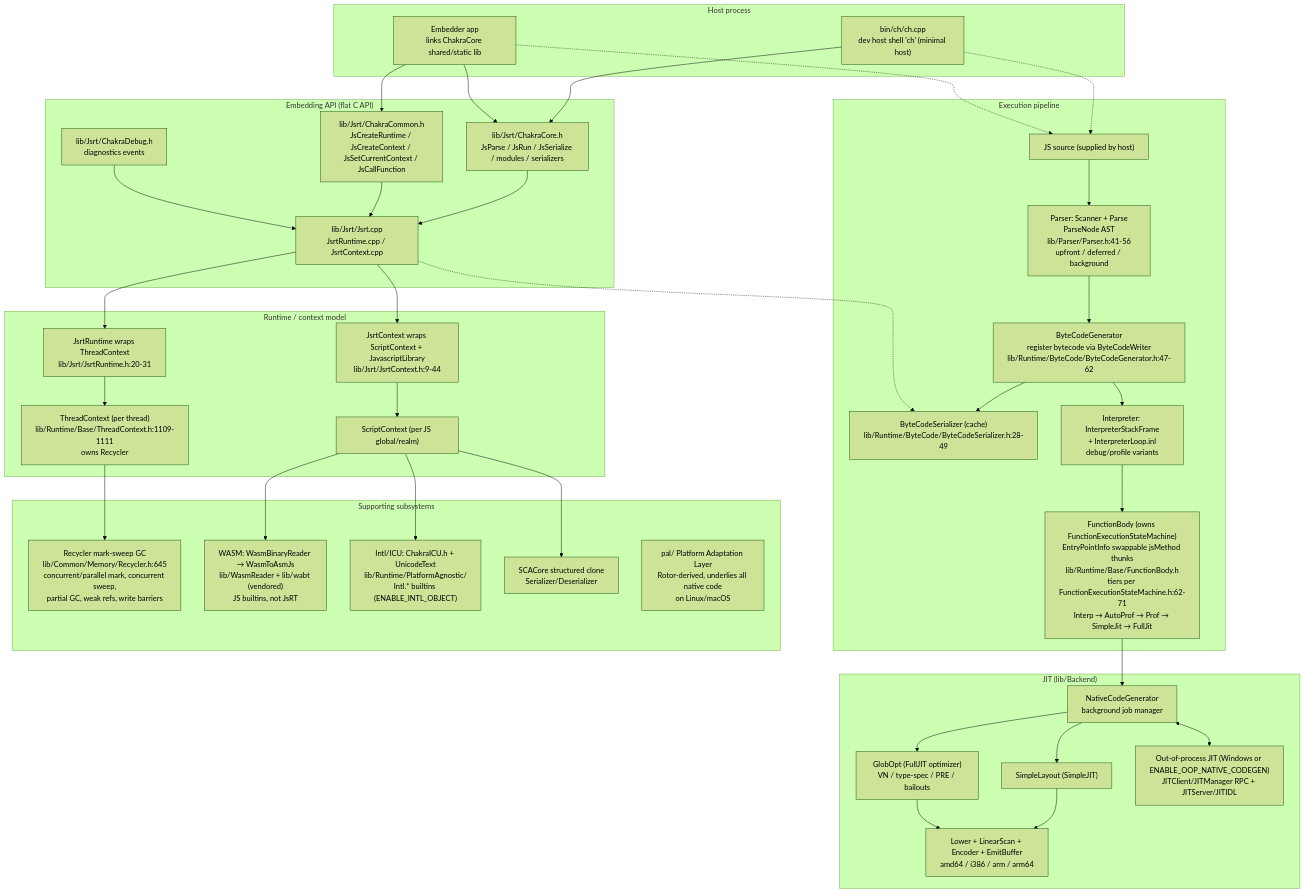
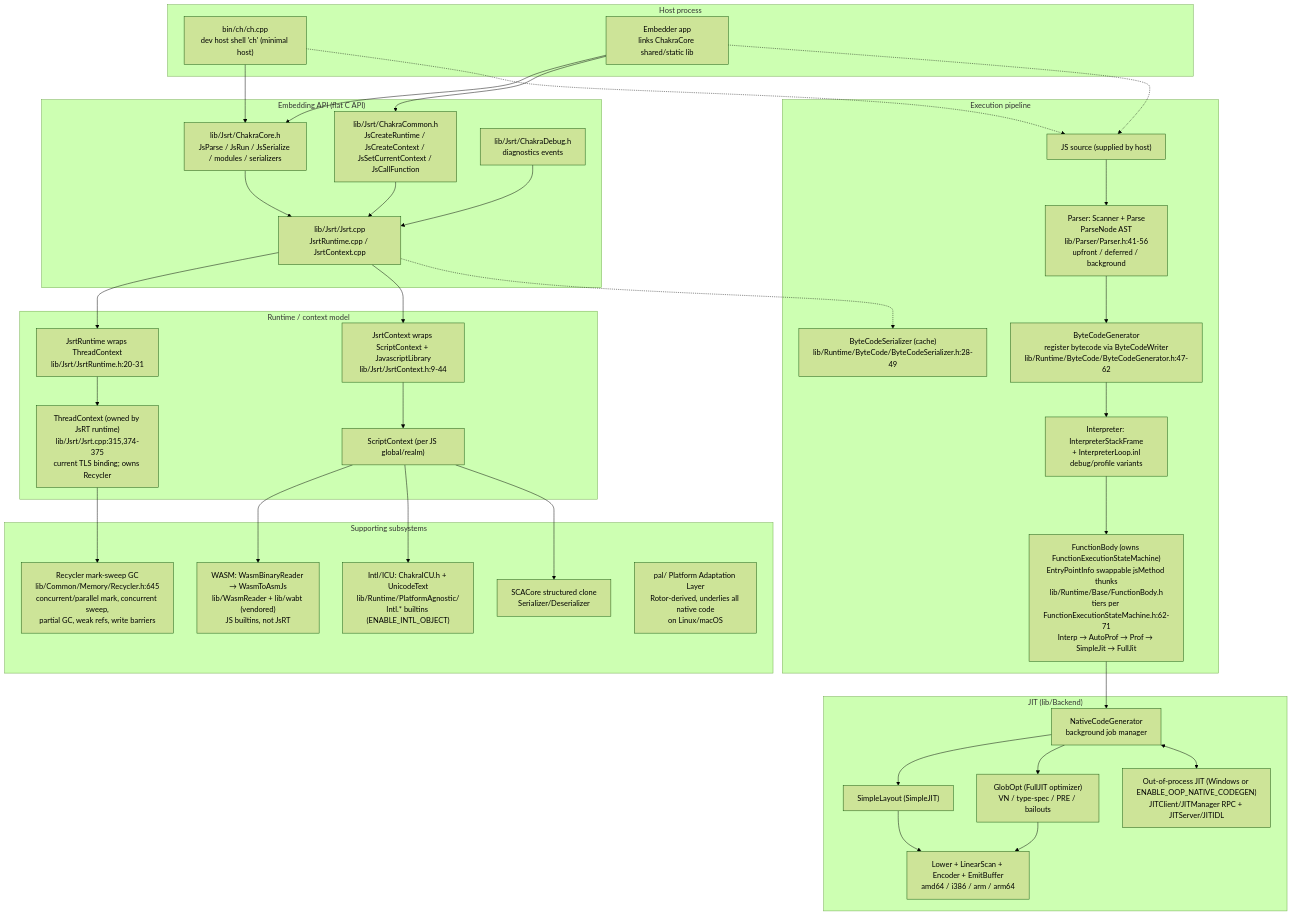
Before and after one commit to amscotti/ChakraCore: the diagram in doc/architecture.md, drawn with Mermaid (forest theme). The commit also changed other lines of this file and 41 other files, not shown here.

````diff
--- a/doc/architecture.md
+++ b/doc/architecture.md
@@ -10,69 +10,68 @@
 ```mermaid
 flowchart TD
     subgraph HOST["Host process"]
         CH["bin/ch/ch.cpp<br/>dev host shell 'ch' (minimal host)"]
         EMB["Embedder app<br/>links ChakraCore shared/static lib"]
     end
     subgraph API["Embedding API (flat C API)"]
         CC["lib/Jsrt/ChakraCore.h<br/>JsParse / JsRun / JsSerialize / modules / serializers"]
         CM["lib/Jsrt/ChakraCommon.h<br/>JsCreateRuntime / JsCreateContext / JsSetCurrentContext / JsCallFunction"]
         CD["lib/Jsrt/ChakraDebug.h<br/>diagnostics events"]
         IMPL["lib/Jsrt/Jsrt.cpp<br/>JsrtRuntime.cpp / JsrtContext.cpp"]
     end
     subgraph CTX["Runtime / context model"]
         JRR["JsrtRuntime wraps ThreadContext<br/>lib/Jsrt/JsrtRuntime.h:20-31"]
         JRC["JsrtContext wraps ScriptContext + JavascriptLibrary<br/>lib/Jsrt/JsrtContext.h:9-44"]
-        TC["ThreadContext (per thread)<br/>lib/Runtime/Base/ThreadContext.h:1109-1111<br/>owns Recycler"]
+        TC["ThreadContext (owned by JsRT runtime)<br/>lib/Jsrt/Jsrt.cpp:315,374-375<br/>current TLS binding; owns Recycler"]
         SC["ScriptContext (per JS global/realm)"]
     end
     subgraph PIPE["Execution pipeline"]
         SRC["JS source (supplied by host)"]
         PAR["Parser: Scanner + Parse<br/>ParseNode AST<br/>lib/Parser/Parser.h:41-56<br/>upfront / deferred / background"]
         BCG["ByteCodeGenerator<br/>register bytecode via ByteCodeWriter<br/>lib/Runtime/ByteCode/ByteCodeGenerator.h:47-62"]
         SER["ByteCodeSerializer (cache)<br/>lib/Runtime/ByteCode/ByteCodeSerializer.h:28-49"]
         INT["Interpreter: InterpreterStackFrame<br/>+ InterpreterLoop.inl<br/>debug/profile variants"]
         EP["FunctionBody (owns FunctionExecutionStateMachine)<br/>EntryPointInfo swappable jsMethod thunks<br/>lib/Runtime/Base/FunctionBody.h<br/>tiers per FunctionExecutionStateMachine.h:62-71<br/>Interp → AutoProf → Prof → SimpleJit → FullJit"]
     end
     subgraph JIT["JIT (lib/Backend)"]
         NCG["NativeCodeGenerator<br/>background job manager"]
         SL["SimpleLayout (SimpleJIT)"]
         GO["GlobOpt (FullJIT optimizer)<br/>VN / type-spec / PRE / bailouts"]
         BE["Lower + LinearScan + Encoder + EmitBuffer<br/>amd64 / i386 / arm / arm64"]
         OOP["Out-of-process JIT (Windows or ENABLE_OOP_NATIVE_CODEGEN)<br/>JITClient/JITManager RPC + JITServer/JITIDL"]
     end
     subgraph SUP["Supporting subsystems"]
         GC["Recycler mark-sweep GC<br/>lib/Common/Memory/Recycler.h:645<br/>concurrent/parallel mark, concurrent sweep,<br/>partial GC, weak refs, write barriers"]
         WASM["WASM: WasmBinaryReader → WasmToAsmJs<br/>lib/WasmReader + lib/wabt (vendored)<br/>JS builtins, not JsRT"]
         INTL["Intl/ICU: ChakraICU.h + UnicodeText<br/>lib/Runtime/PlatformAgnostic/<br/>Intl.* builtins (ENABLE_INTL_OBJECT)"]
         SCA["SCACore structured clone<br/>Serializer/Deserializer"]
         PAL["pal/ Platform Adaptation Layer<br/>Rotor-derived, underlies all native code<br/>on Linux/macOS"]
     end
     CH --> CC
     EMB --> CC
     EMB --> CM
     CH -.-> SRC
     EMB -.-> SRC
     SRC --> PAR
     CC --> IMPL
     CM --> IMPL
     CD --> IMPL
     IMPL --> JRR
     IMPL --> JRC
     JRR --> TC
     JRC --> SC
     PAR --> BCG
-    BCG --> SER
     IMPL -.-> SER
     BCG --> INT
     INT --> EP
     EP --> NCG
     NCG --> SL
     NCG --> GO
     SL --> BE
     GO --> BE
     NCG <--> OOP
     TC --> GC
     SC --> WASM
     SC --> INTL
     SC --> SCA
 ```
````
